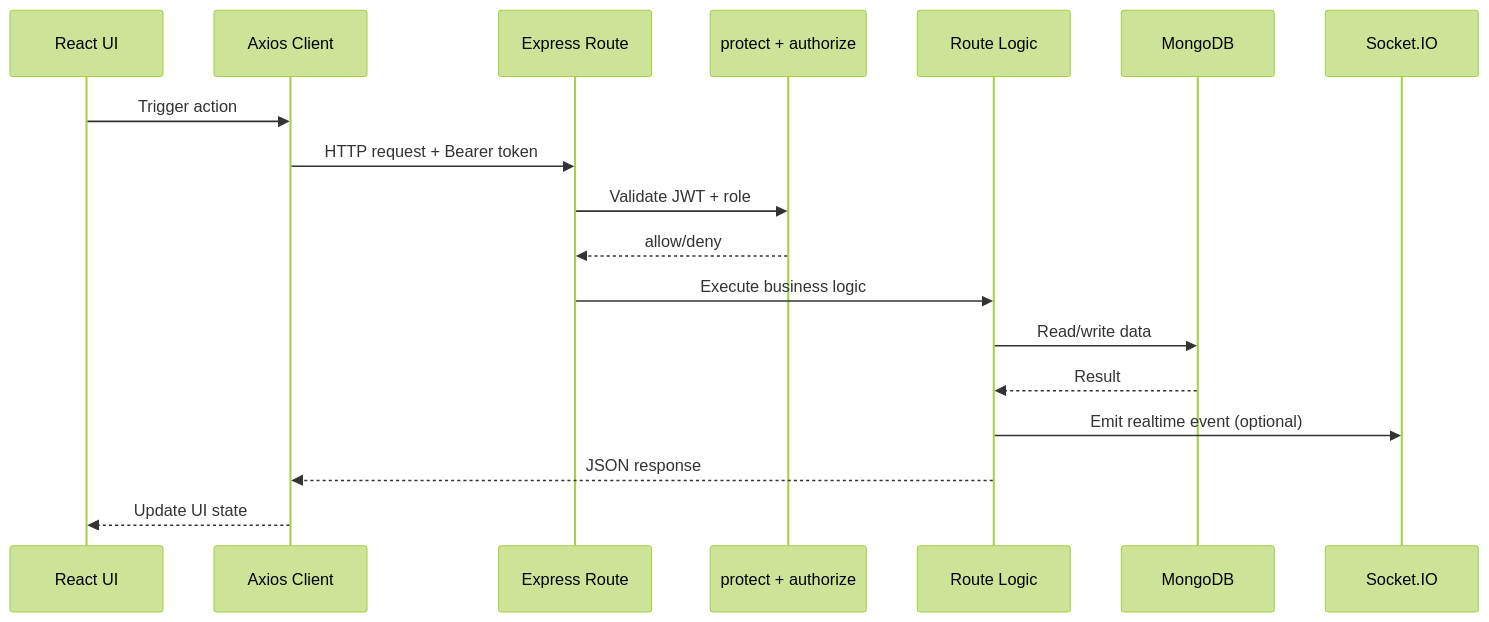
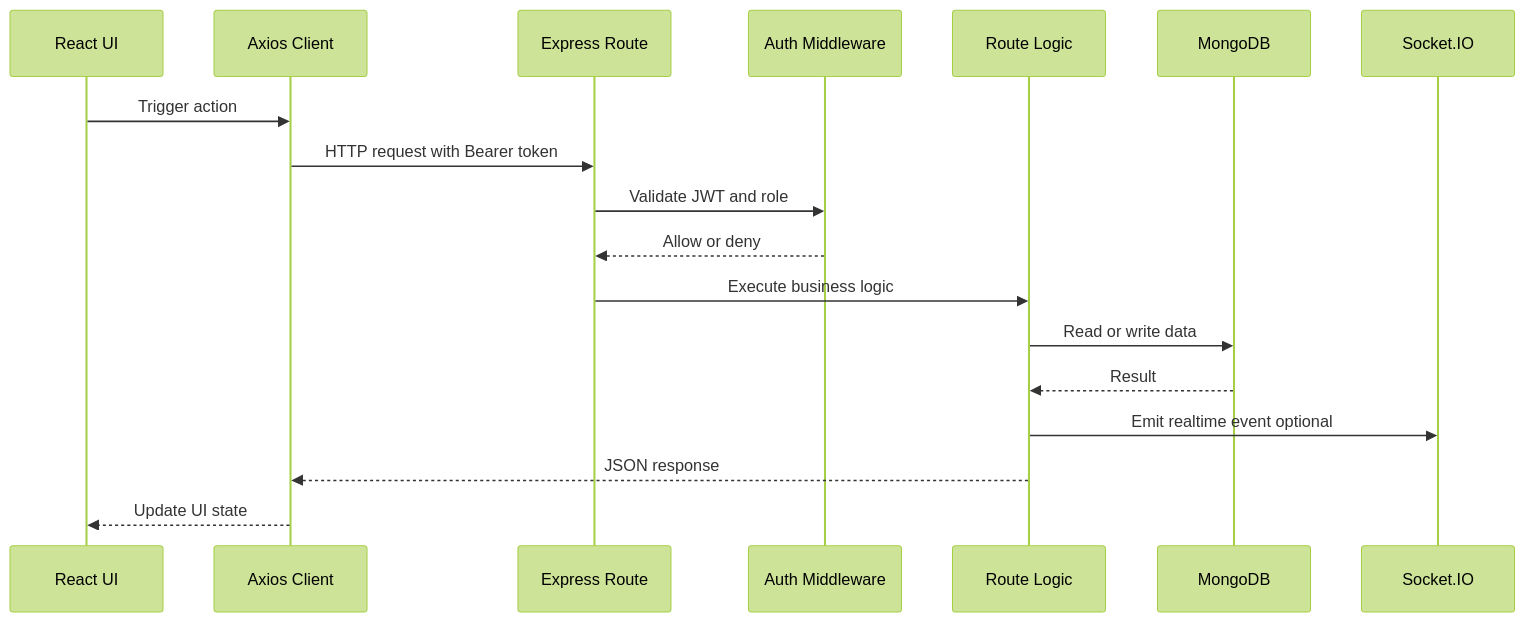
One commit to gobinath-sketch/system001 changed the third of 6 diagrams in README.md. Above: the diagram before and after it, drawn with Mermaid (forest theme). The commit also changed other lines of this file, not shown here.

````diff
--- a/README.md
+++ b/README.md
@@ -106,21 +105,21 @@
 ```mermaid
 sequenceDiagram
   participant UI as React UI
   participant AX as Axios Client
   participant API as Express Route
-  participant MW as protect + authorize
+  participant MW as Auth Middleware
   participant SVC as Route Logic
   participant MDB as MongoDB
   participant IO as Socket.IO
 
   UI->>AX: Trigger action
-  AX->>API: HTTP request + Bearer token
-  API->>MW: Validate JWT + role
-  MW-->>API: allow/deny
+  AX->>API: HTTP request with Bearer token
+  API->>MW: Validate JWT and role
+  MW-->>API: Allow or deny
   API->>SVC: Execute business logic
-  SVC->>MDB: Read/write data
+  SVC->>MDB: Read or write data
   MDB-->>SVC: Result
-  SVC->>IO: Emit realtime event (optional)
+  SVC->>IO: Emit realtime event optional
   SVC-->>AX: JSON response
   AX-->>UI: Update UI state
 ```
````
